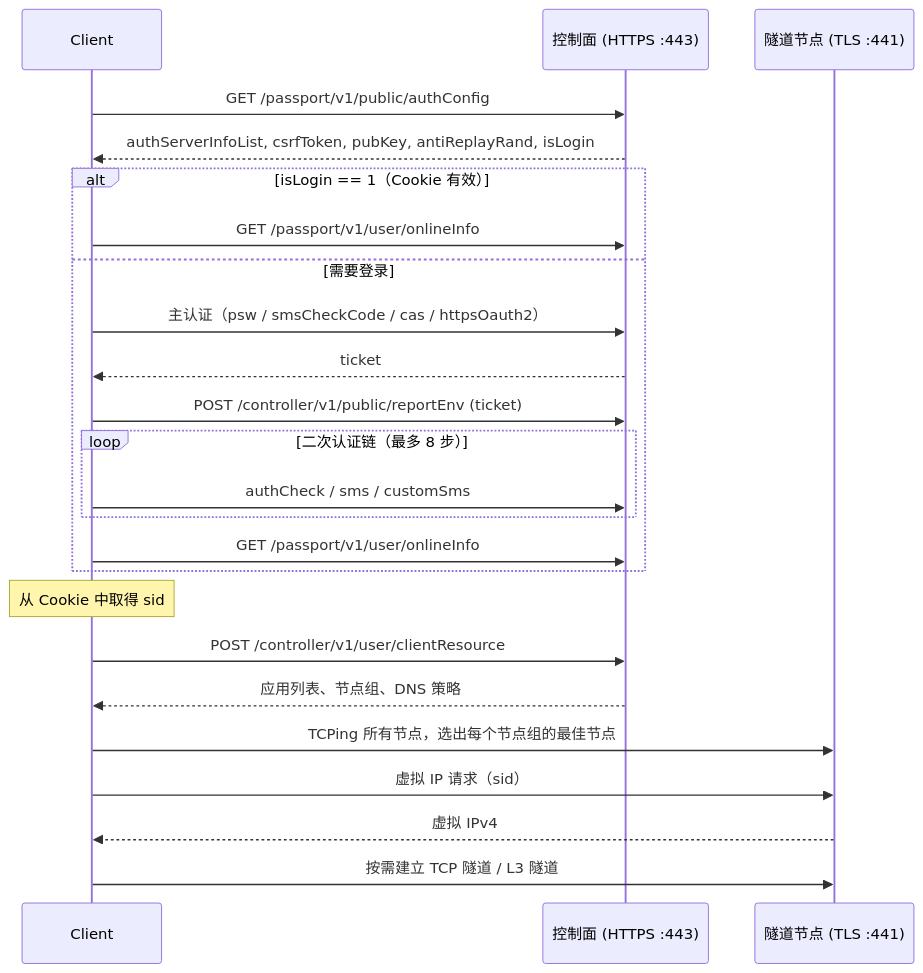
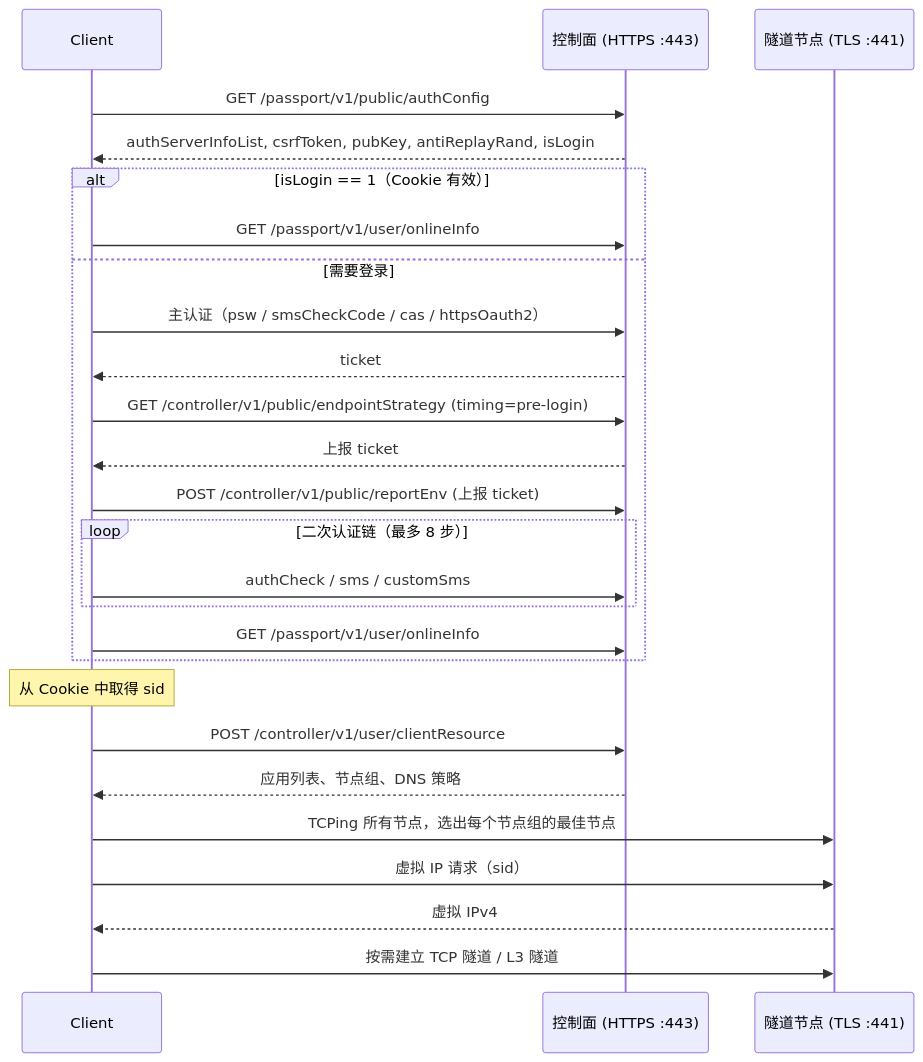
One commit to foxwoods/zju-connect changed the diagram in docs/atrust_protocol.md. Above: the diagram before and after it, drawn with Mermaid. The commit also changed other lines of this file, not shown here.

First line of the commit message:
docs(atrust): describe endpoint environment reporting

````diff
--- a/docs/atrust_protocol.md
+++ b/docs/atrust_protocol.md
@@ -36,27 +36,29 @@
 ```mermaid
 sequenceDiagram
     participant C as Client
     participant H as 控制面 (HTTPS :443)
     participant N as 隧道节点 (TLS :441)
 
     C->>H: GET /passport/v1/public/authConfig
     H-->>C: authServerInfoList, csrfToken, pubKey, antiReplayRand, isLogin
     alt isLogin == 1（Cookie 有效）
         C->>H: GET /passport/v1/user/onlineInfo
     else 需要登录
         C->>H: 主认证（psw / smsCheckCode / cas / httpsOauth2）
         H-->>C: ticket
-        C->>H: POST /controller/v1/public/reportEnv (ticket)
+        C->>H: GET /controller/v1/public/endpointStrategy (timing=pre-login)
+        H-->>C: 上报 ticket
+        C->>H: POST /controller/v1/public/reportEnv (上报 ticket)
         loop 二次认证链（最多 8 步）
             C->>H: authCheck / sms / customSms
         end
         C->>H: GET /passport/v1/user/onlineInfo
     end
     Note over C: 从 Cookie 中取得 sid
     C->>H: POST /controller/v1/user/clientResource
     H-->>C: 应用列表、节点组、DNS 策略
     C->>N: TCPing 所有节点，选出每个节点组的最佳节点
     C->>N: 虚拟 IP 请求（sid）
     N-->>C: 虚拟 IPv4
     C->>N: 按需建立 TCP 隧道 / L3 隧道
 ```
````
